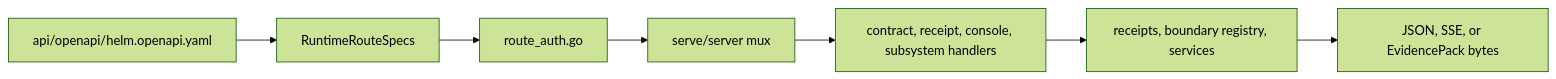
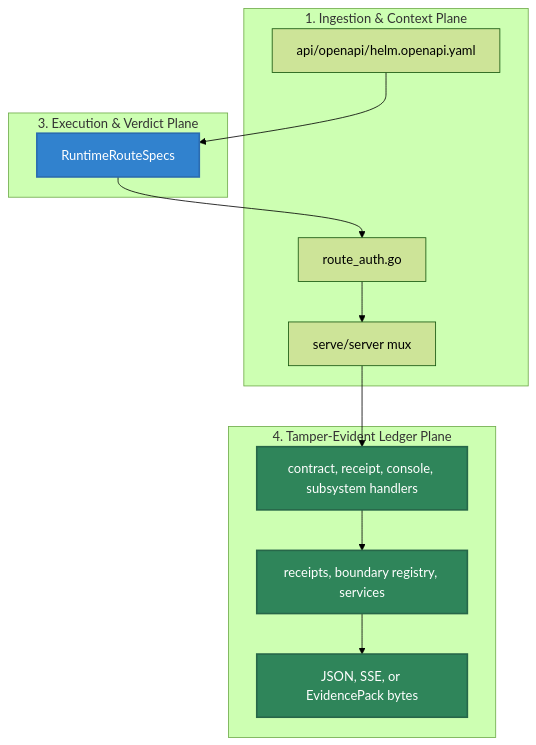
Before and after one commit to Mindburn-Labs/helm-ai-kernel: the diagram in docs/reference/http-api.md, drawn with Mermaid (forest theme). The commit also changed other lines of this file and 330 other files, not shown here.

````diff
--- a/docs/reference/http-api.md
+++ b/docs/reference/http-api.md
@@ -24,9 +24,32 @@
 ```mermaid
-flowchart LR
-  OpenAPI["api/openapi/helm.openapi.yaml"] --> Registry["RuntimeRouteSpecs"]
-  Registry --> Auth["route_auth.go"]
-  Auth --> Mux["serve/server mux"]
-  Mux --> Handlers["contract, receipt, console, subsystem handlers"]
-  Handlers --> Stores["receipts, boundary registry, services"]
-  Stores --> Response["JSON, SSE, or EvidencePack bytes"]
+flowchart TD
+    subgraph Ingestion["1. Ingestion & Context Plane"]
+        OpenAPI["api/openapi/helm.openapi.yaml"]
+        Auth["route_auth.go"]
+        Mux["serve/server mux"]
+    end
+
+    subgraph Execution["3. Execution & Verdict Plane"]
+        Registry["RuntimeRouteSpecs"]
+    end
+
+    subgraph Ledger["4. Tamper-Evident Ledger Plane"]
+        Handlers["contract, receipt, console, subsystem handlers"]
+        Stores["receipts, boundary registry, services"]
+        Response["JSON, SSE, or EvidencePack bytes"]
+    end
+
+    %% Operational Flow Edges
+    OpenAPI --> Registry
+    Registry --> Auth
+    Auth --> Mux
+    Mux --> Handlers
+    Handlers --> Stores
+    Stores --> Response
+
+    %% Premium Styling Rules
+    style Registry fill:#3182ce,stroke:#2b6cb0,stroke-width:2px,color:#fff
+    style Handlers fill:#2f855a,stroke:#276749,stroke-width:2px,color:#fff
+    style Stores fill:#2f855a,stroke:#276749,stroke-width:2px,color:#fff
+    style Response fill:#2f855a,stroke:#276749,stroke-width:2px,color:#fff
 ```
````
